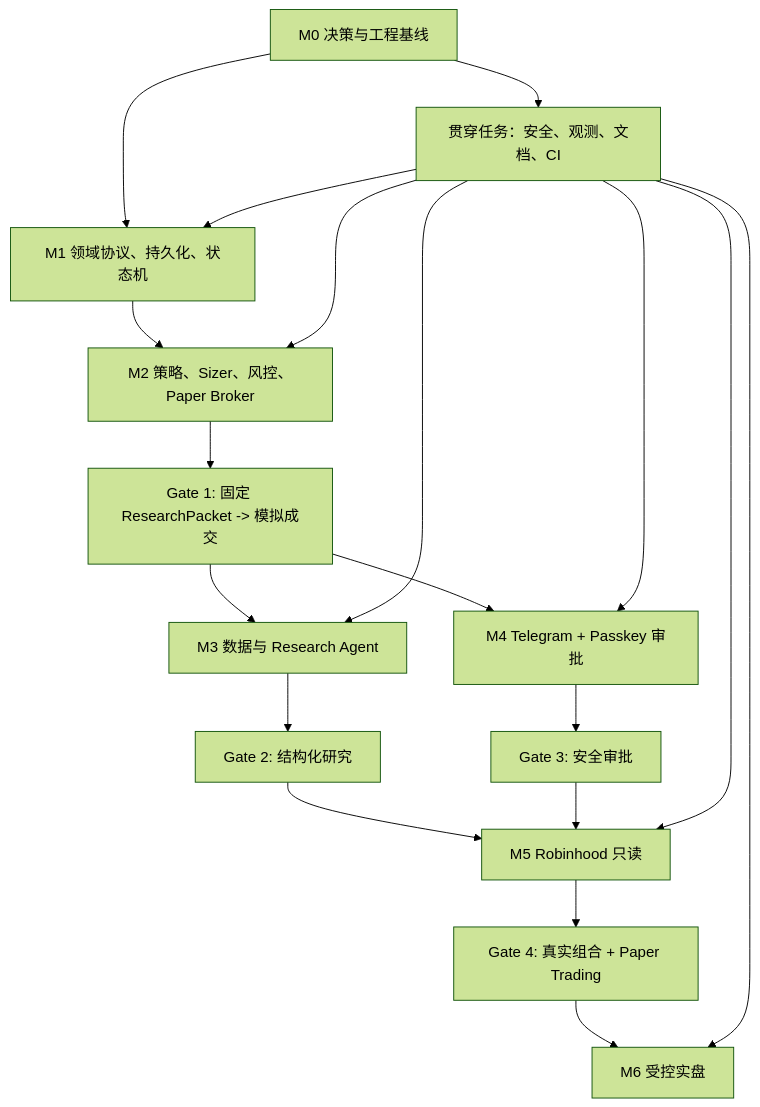
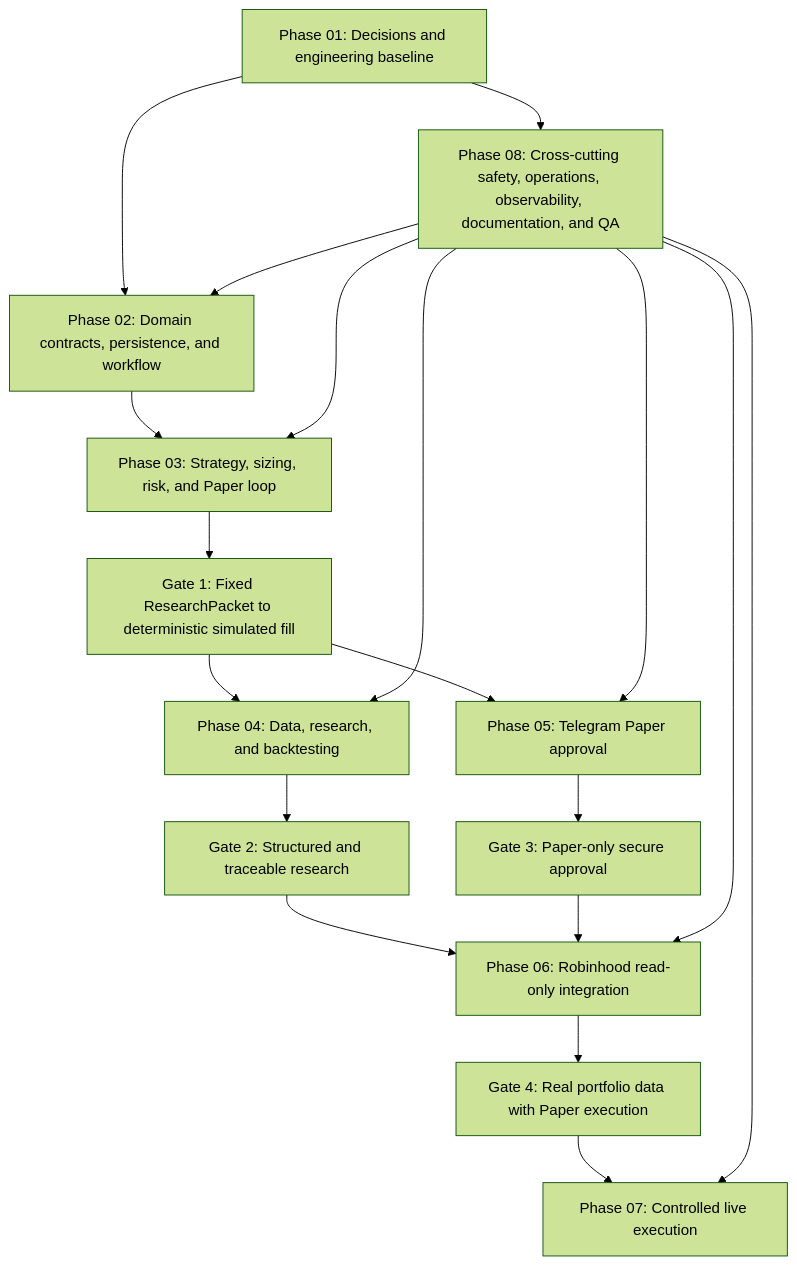
Before and after one commit to likefudan/ainvest: the diagram in IMPLEMENTATION_TODO.md, drawn with Mermaid (forest theme). The commit also changed other lines of this file and 1 other file, not shown here.

````diff
--- a/IMPLEMENTATION_TODO.md
+++ b/IMPLEMENTATION_TODO.md
@@ -123,21 +129,21 @@
 ```mermaid
 flowchart TD
-    G0["M0 决策与工程基线"] --> G1["M1 领域协议、持久化、状态机"]
-    G1 --> G2["M2 策略、Sizer、风控、Paper Broker"]
-    G2 --> P1["Gate 1: 固定 ResearchPacket -> 模拟成交"]
-    P1 --> G3["M3 数据与 Research Agent"]
-    P1 --> G4["M4 Telegram + Passkey 审批"]
-    G3 --> P2["Gate 2: 结构化研究"]
-    G4 --> P3["Gate 3: 安全审批"]
-    P2 --> G5["M5 Robinhood 只读"]
-    P3 --> G5
-    G5 --> P4["Gate 4: 真实组合 + Paper Trading"]
-    P4 --> G6["M6 受控实盘"]
-    G0 --> X["贯穿任务：安全、观测、文档、CI"]
-    X --> G1
-    X --> G2
-    X --> G3
-    X --> G4
-    X --> G5
-    X --> G6
+    P01["Phase 01: Decisions and engineering baseline"] --> P02["Phase 02: Domain contracts, persistence, and workflow"]
+    P02 --> P03["Phase 03: Strategy, sizing, risk, and Paper loop"]
+    P03 --> G1["Gate 1: Fixed ResearchPacket to deterministic simulated fill"]
+    G1 --> P04["Phase 04: Data, research, and backtesting"]
+    G1 --> P05["Phase 05: Telegram Paper approval"]
+    P04 --> G2["Gate 2: Structured and traceable research"]
+    P05 --> G3["Gate 3: Paper-only secure approval"]
+    G2 --> P06["Phase 06: Robinhood read-only integration"]
+    G3 --> P06
+    P06 --> G4["Gate 4: Real portfolio data with Paper execution"]
+    G4 --> P07["Phase 07: Controlled live execution"]
+    P01 --> P08["Phase 08: Cross-cutting safety, operations, observability, documentation, and QA"]
+    P08 --> P02
+    P08 --> P03
+    P08 --> P04
+    P08 --> P05
+    P08 --> P06
+    P08 --> P07
 ```
````
